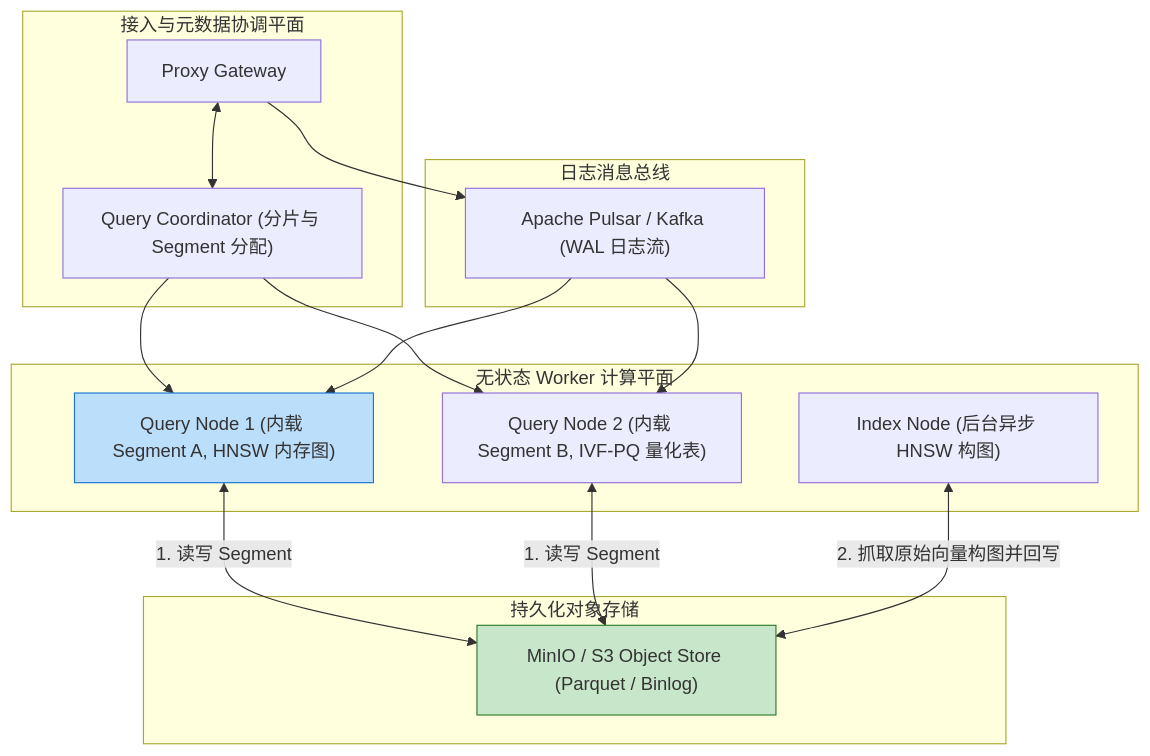
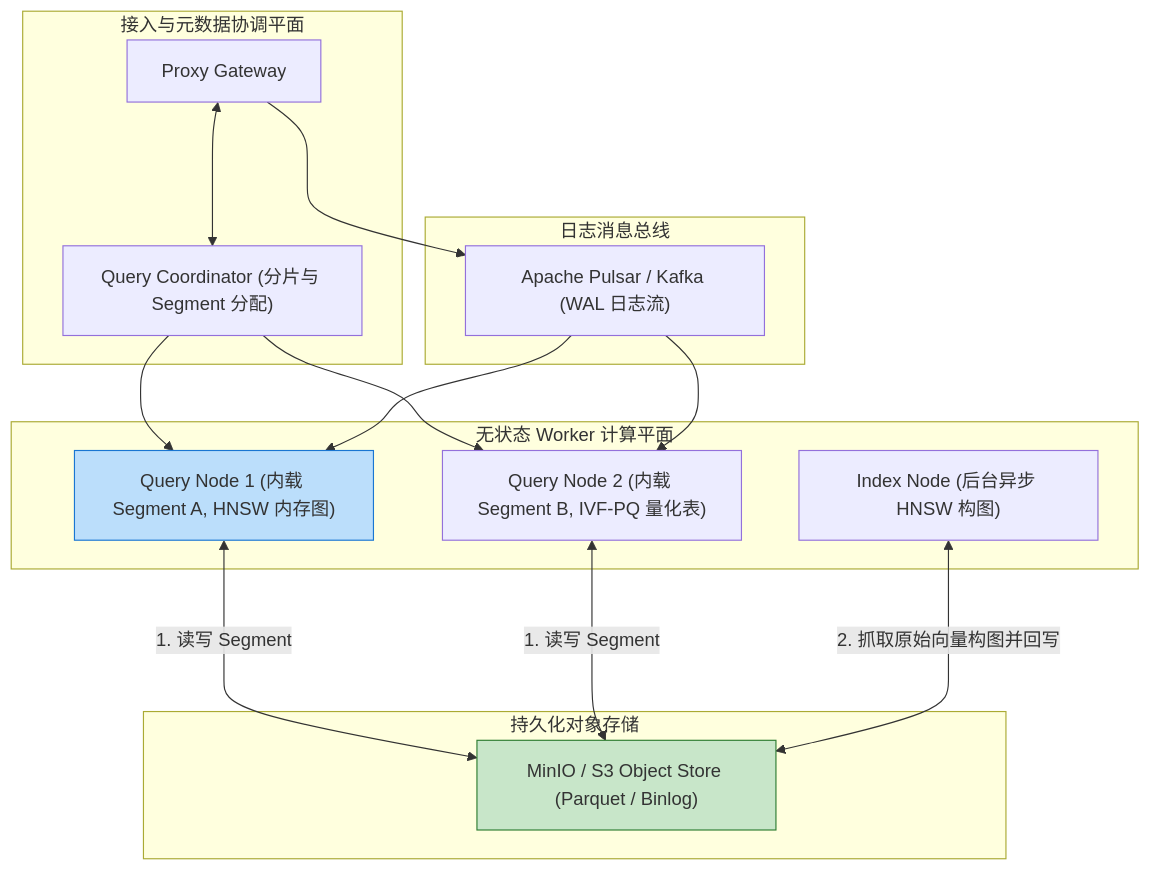
Before and after one commit to koosai/AI-Architect-Learning: the fourth of 6 diagrams in docs/atlas/milvus.mdx, drawn with Mermaid. The commit also changed other lines of this file and 68 other files, not shown here.

Commit message:
fix(atlas): fix browser client-side Mermaid rendering for mindmaps and flowcharts across 67 case studies

````diff
--- a/docs/atlas/milvus.mdx
+++ b/docs/atlas/milvus.mdx
@@ -125,32 +125,32 @@
 ```mermaid
 graph TB
   subgraph AccessAndCoordPlane["接入与元数据协调平面"]
     ProxyGateway["Proxy Gateway"]
     QueryCoord["Query Coordinator (分片与 Segment 分配)"]
   end
 
   subgraph MessageBrokerPlane["日志消息总线"]
     PulsarStream["Apache Pulsar / Kafka (WAL 日志流)"]
   end
 
   subgraph DisaggregatedWorkers["无状态 Worker 计算平面"]
     QueryNode1["Query Node 1 (内载 Segment A, HNSW 内存图)"]
     QueryNode2["Query Node 2 (内载 Segment B, IVF-PQ 量化表)"]
     IndexNodeWorker["Index Node (后台异步 HNSW 构图)"]
   end
 
   subgraph PermanentStorage["持久化对象存储"]
     MinIOObjectStore["MinIO / S3 Object Store (Parquet / Binlog)"]
   end
 
   ProxyGateway --> PulsarStream
-  ProxyGateway <--> QueryCoord
+  ProxyGateway <---> QueryCoord
   QueryCoord --> QueryNode1 & QueryNode2
   
   PulsarStream --> QueryNode1 & QueryNode2
-  QueryNode1 & QueryNode2 <-->|1. 读写 Segment| MinIOObjectStore
-  IndexNodeWorker <-->|2. 抓取原始向量构图并回写| MinIOObjectStore
+  QueryNode1 & QueryNode2 <--->|1. 读写 Segment| MinIOObjectStore
+  IndexNodeWorker <--->|2. 抓取原始向量构图并回写| MinIOObjectStore
 
   style QueryNode1 fill:#bbdefb,stroke:#1976d2
   style MinIOObjectStore fill:#c8e6c9,stroke:#2e7d32
 ```
````
